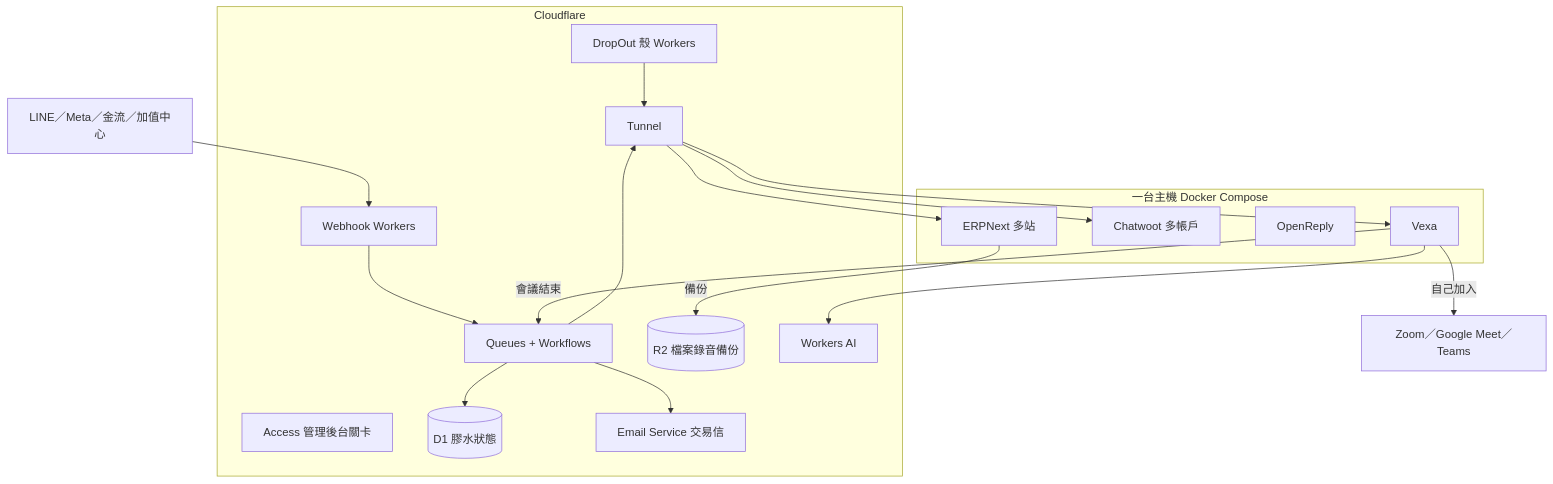
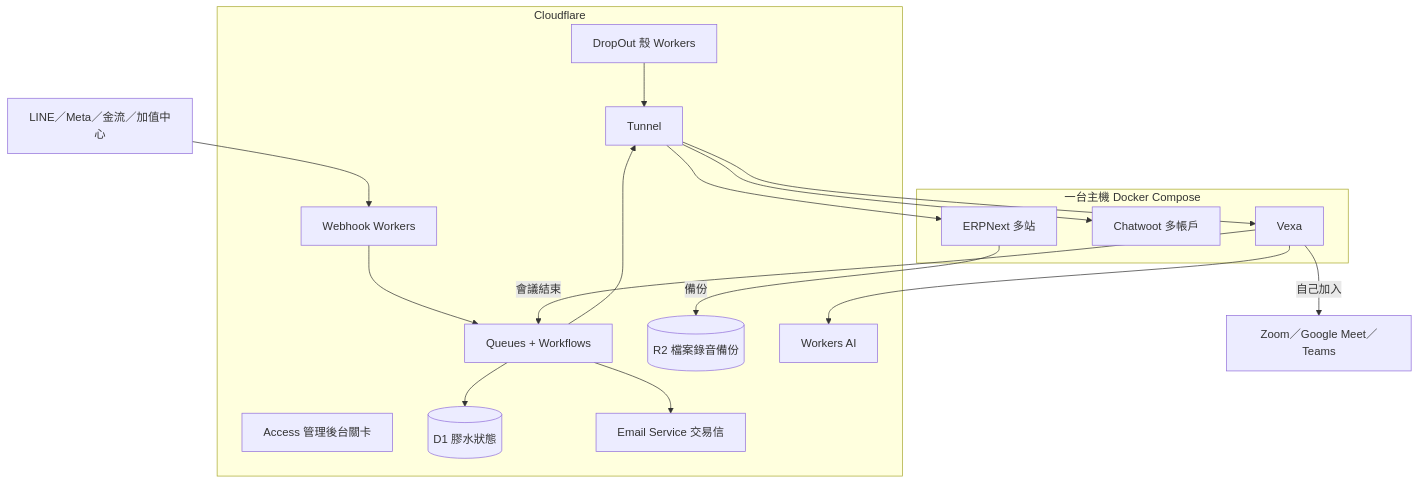
The third of 3 diagrams in docs/PLATFORM-INTEGRATION.md (dropout-tech/EveryThingOS), drawn with Mermaid before and after one commit. The commit also changed other lines of this file and 2 other files, not shown here.

Commit message:
Consolidate architecture v2 and record second-round tool review.

````diff
--- a/docs/PLATFORM-INTEGRATION.md
+++ b/docs/PLATFORM-INTEGRATION.md
@@ -201,33 +204,32 @@
 ```mermaid
 flowchart TB
   subgraph cf [Cloudflare]
     Shell[DropOut 殼 Workers]
     Access[Access 管理後台關卡]
     Hooks[Webhook Workers]
     Q[Queues + Workflows]
     D1[(D1 膠水狀態)]
     R2[(R2 檔案錄音備份)]
     Mail[Email Service 交易信]
     AI[Workers AI]
     Tunnel[Tunnel]
   end
   subgraph host [一台主機 Docker Compose]
     ERP[ERPNext 多站]
     CW[Chatwoot 多帳戶]
-    OR[OpenReply]
     VX[Vexa]
   end
   Ext[LINE／Meta／金流／加值中心] --> Hooks
   Hooks --> Q
   Q --> D1
   Q --> Tunnel
   Shell --> Tunnel
   Tunnel --> ERP
   Tunnel --> CW
   Tunnel --> VX
   VX --> AI
   VX -->|自己加入| Meet[Zoom／Google Meet／Teams]
   VX -->|會議結束| Q
   ERP -->|備份| R2
   Q --> Mail
 ```
````
